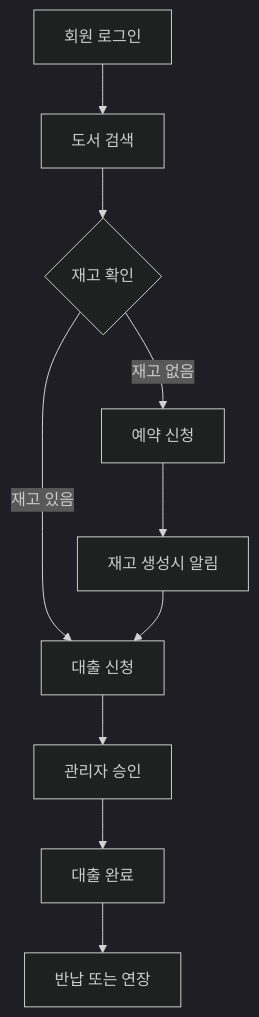
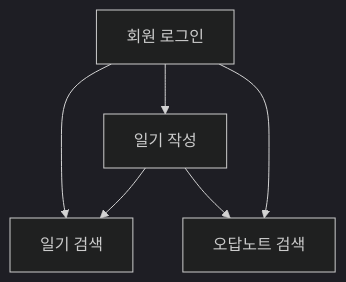
The second of 4 diagrams in 도메인설계서.md (WorkSpaceForHanmg/MiniProject2), drawn with Mermaid (dark theme) before and after one commit. The commit also changed other lines of this file, not shown here.

````diff
--- a/도메인설계서.md
+++ b/도메인설계서.md
@@ -72,12 +62,8 @@
 ```mermaid
 graph TD
-    A[회원 로그인] --> B[도서 검색]
-    B --> C{재고 확인}
-    C -->|재고 있음| D[대출 신청]
-    C -->|재고 없음| E[예약 신청]
-    D --> F[관리자 승인]
-    F --> G[대출 완료]
-    G --> H[반납 또는 연장]
-    E --> I[재고 생성시 알림]
-    I --> D
+    A[회원 로그인] --> B[일기 검색]
+    A --> C[일기 작성]
+    A --> D[오답노트 검색]
+    C --> B
+    C --> D
 ```
````
